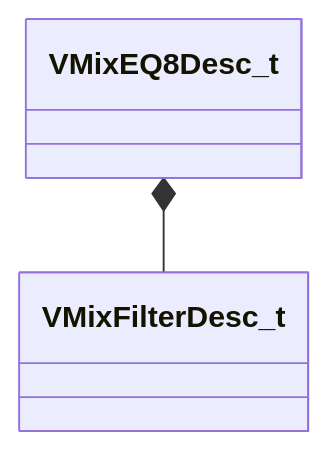
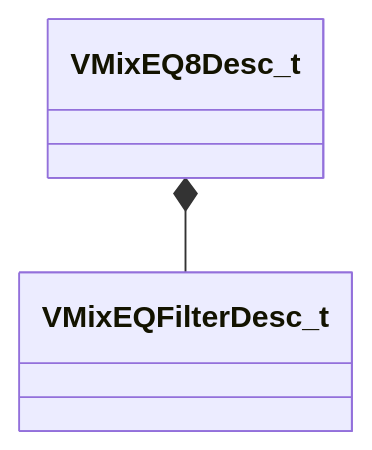
Before and after one commit to CS2OpenDev/CS2OpenDev-Docs: the diagram in docs/generated/schemas/soundsystem_lowlevel/VMixEQ8Desc_t.md, drawn with Mermaid. The commit also changed other lines of this file and 4654 other files, not shown here.

Commit message:
docs: regenerate for SchemaTracker build 25947352 [skip ci]

````diff
--- a/docs/generated/schemas/soundsystem_lowlevel/VMixEQ8Desc_t.md
+++ b/docs/generated/schemas/soundsystem_lowlevel/VMixEQ8Desc_t.md
@@ -17,4 +17,4 @@
 ```mermaid
 classDiagram
-    VMixEQ8Desc_t *-- VMixFilterDesc_t
+    VMixEQ8Desc_t *-- VMixEQFilterDesc_t
 ```
````
